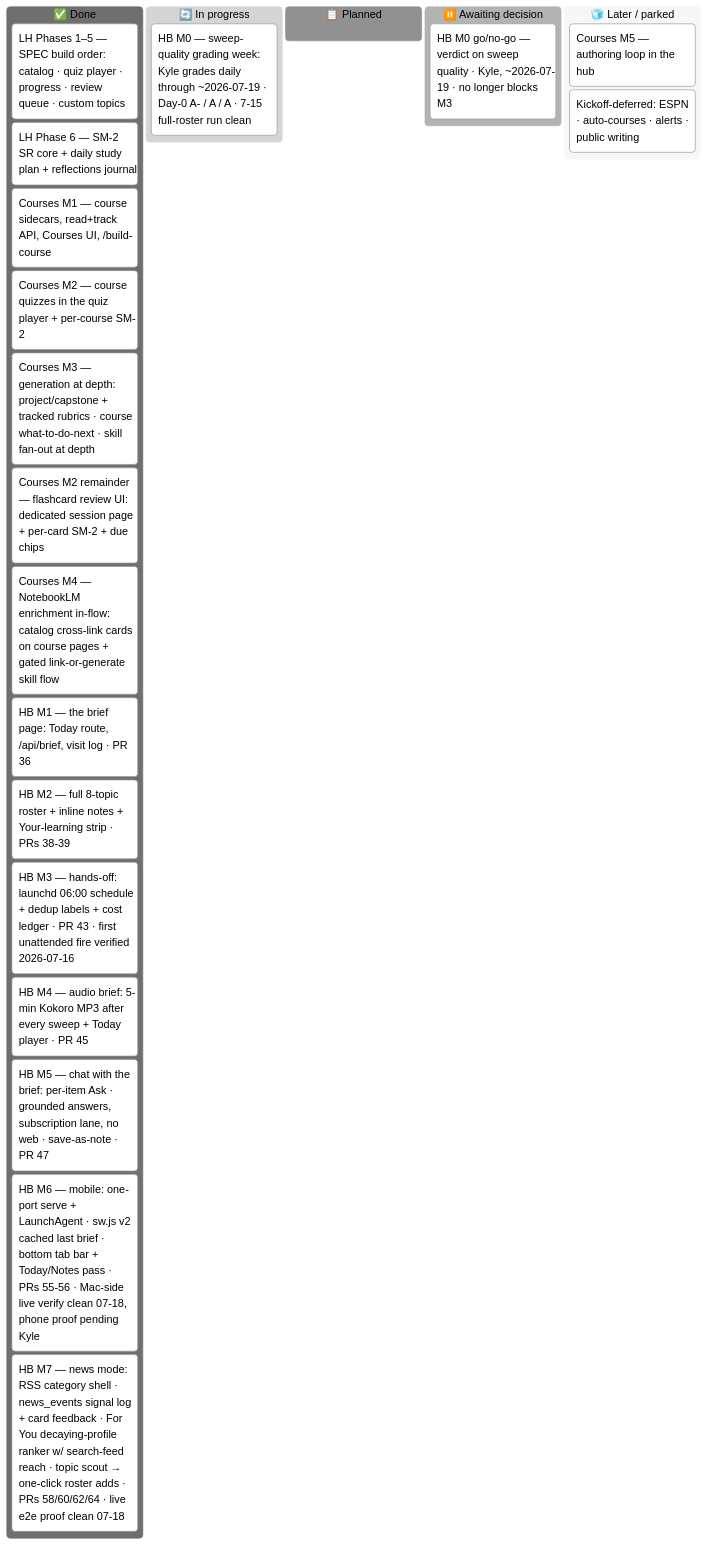
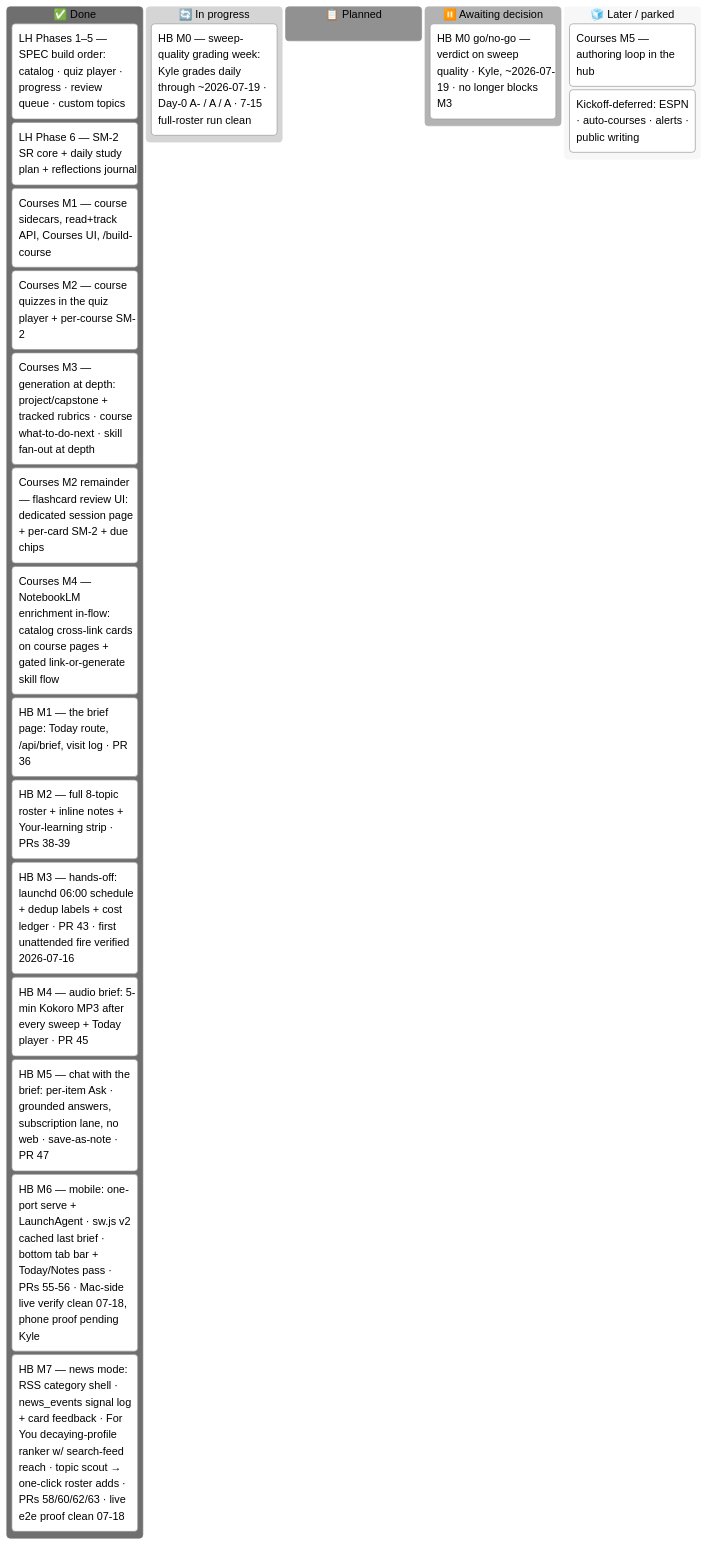
The diagram in docs/MASTER_PLAN.md (ksdisch/home-base), drawn with Mermaid (neutral theme) before and after one commit. The commit also changed other lines of this file and 2 other files, not shown here.

````diff
--- a/docs/MASTER_PLAN.md
+++ b/docs/MASTER_PLAN.md
@@ -39,26 +39,26 @@
 ```mermaid
 kanban
   done["✅ Done"]
     lh15["LH Phases 1–5 — SPEC build order: catalog · quiz player · progress · review queue · custom topics"]
     lh6["LH Phase 6 — SM-2 SR core + daily study plan + reflections journal"]
     lh7["Courses M1 — course sidecars, read+track API, Courses UI, /build-course"]
     lh7m2["Courses M2 — course quizzes in the quiz player + per-course SM-2"]
     lh7m3["Courses M3 — generation at depth: project/capstone + tracked rubrics · course what-to-do-next · skill fan-out at depth"]
     lh7fc["Courses M2 remainder — flashcard review UI: dedicated session page + per-card SM-2 + due chips"]
     lh7m4["Courses M4 — NotebookLM enrichment in-flow: catalog cross-link cards on course pages + gated link-or-generate skill flow"]
     hbm1["HB M1 — the brief page: Today route, /api/brief, visit log · PR 36"]
     hbm2["HB M2 — full 8-topic roster + inline notes + Your-learning strip · PRs 38-39"]
     hbm3["HB M3 — hands-off: launchd 06:00 schedule + dedup labels + cost ledger · PR 43 · first unattended fire verified 2026-07-16"]
     hbm4["HB M4 — audio brief: 5-min Kokoro MP3 after every sweep + Today player · PR 45"]
     hbm5["HB M5 — chat with the brief: per-item Ask · grounded answers, subscription lane, no web · save-as-note · PR 47"]
     hbm6["HB M6 — mobile: one-port serve + LaunchAgent · sw.js v2 cached last brief · bottom tab bar + Today/Notes pass · PRs 55-56 · Mac-side live verify clean 07-18, phone proof pending Kyle"]
-    hbm7["HB M7 — news mode: RSS category shell · news_events signal log + card feedback · For You decaying-profile ranker w/ search-feed reach · topic scout → one-click roster adds · PRs 58/60/62/64 · live e2e proof clean 07-18"]
+    hbm7["HB M7 — news mode: RSS category shell · news_events signal log + card feedback · For You decaying-profile ranker w/ search-feed reach · topic scout → one-click roster adds · PRs 58/60/62/63 · live e2e proof clean 07-18"]
   doing["🔄 In progress"]
     hbm0["HB M0 — sweep-quality grading week: Kyle grades daily through ~2026-07-19 · Day-0 A- / A / A · 7-15 full-roster run clean"]
   next["📋 Planned"]
   decide["⏸️ Awaiting decision"]
     hbm0verdict["HB M0 go/no-go — verdict on sweep quality · Kyle, ~2026-07-19 · no longer blocks M3"]
   later["🧊 Later / parked"]
     cm5["Courses M5 — authoring loop in the hub"]
     defer["Kickoff-deferred: ESPN · auto-courses · alerts · public writing"]
 ```
````
